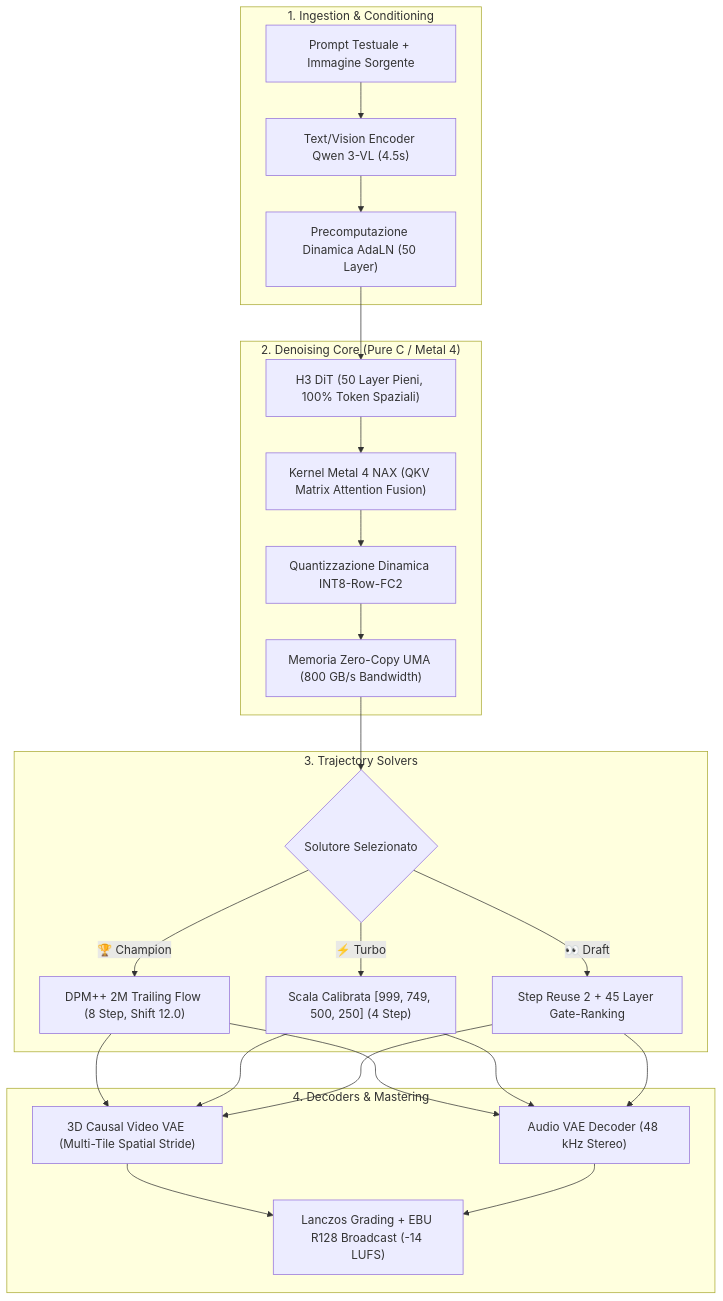
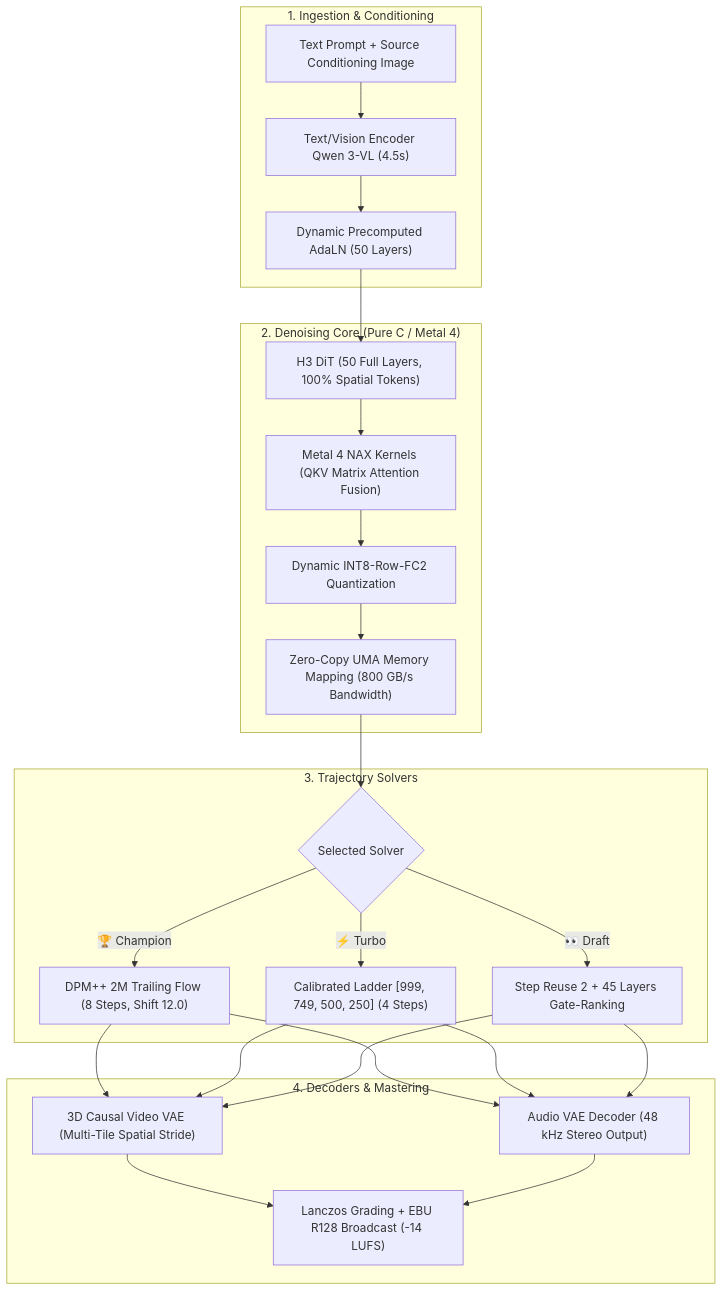
Before and after one commit to RobZombAI/H3MLX: the diagram in README.md, drawn with Mermaid. The commit also changed other lines of this file and 6 other files, not shown here.

Commit message:
docs: translate entire repository documentation, CLI, and benchmark charts to 100% fluent English

````diff
--- a/README.md
+++ b/README.md
@@ -104,27 +106,27 @@
 ```mermaid
 graph TD
     subgraph "1. Ingestion & Conditioning"
-        P["Prompt Testuale + Immagine Sorgente"] --> Q["Text/Vision Encoder Qwen 3-VL (4.5s)"]
-        Q --> ADA["Precomputazione Dinamica AdaLN (50 Layer)"]
+        P["Text Prompt + Source Conditioning Image"] --> Q["Text/Vision Encoder Qwen 3-VL (4.5s)"]
+        Q --> ADA["Dynamic Precomputed AdaLN (50 Layers)"]
     end
 
     subgraph "2. Denoising Core (Pure C / Metal 4)"
-        ADA --> DIT["H3 DiT (50 Layer Pieni, 100% Token Spaziali)"]
-        DIT --> NAX["Kernel Metal 4 NAX (QKV Matrix Attention Fusion)"]
-        NAX --> INT8["Quantizzazione Dinamica INT8-Row-FC2"]
-        INT8 --> UMA["Memoria Zero-Copy UMA (800 GB/s Bandwidth)"]
+        ADA --> DIT["H3 DiT (50 Full Layers, 100% Spatial Tokens)"]
+        DIT --> NAX["Metal 4 NAX Kernels (QKV Matrix Attention Fusion)"]
+        NAX --> INT8["Dynamic INT8-Row-FC2 Quantization"]
+        INT8 --> UMA["Zero-Copy UMA Memory Mapping (800 GB/s Bandwidth)"]
     end
 
     subgraph "3. Trajectory Solvers"
-        UMA --> SOLV{"Solutore Selezionato"}
-        SOLV -->|"🏆 Champion"| DPM["DPM++ 2M Trailing Flow (8 Step, Shift 12.0)"]
-        SOLV -->|"⚡ Turbo"| LADDER["Scala Calibrata [999, 749, 500, 250] (4 Step)"]
-        SOLV -->|"👀 Draft"| REUSE["Step Reuse 2 + 45 Layer Gate-Ranking"]
+        UMA --> SOLV{"Selected Solver"}
+        SOLV -->|"🏆 Champion"| DPM["DPM++ 2M Trailing Flow (8 Steps, Shift 12.0)"]
+        SOLV -->|"⚡ Turbo"| LADDER["Calibrated Ladder [999, 749, 500, 250] (4 Steps)"]
+        SOLV -->|"👀 Draft"| REUSE["Step Reuse 2 + 45 Layers Gate-Ranking"]
     end
 
     subgraph "4. Decoders & Mastering"
         DPM & LADDER & REUSE --> VAE["3D Causal Video VAE (Multi-Tile Spatial Stride)"]
-        DPM & LADDER & REUSE --> AVAE["Audio VAE Decoder (48 kHz Stereo)"]
+        DPM & LADDER & REUSE --> AVAE["Audio VAE Decoder (48 kHz Stereo Output)"]
         VAE & AVAE --> MASTER["Lanczos Grading + EBU R128 Broadcast (-14 LUFS)"]
     end
 ```
````
